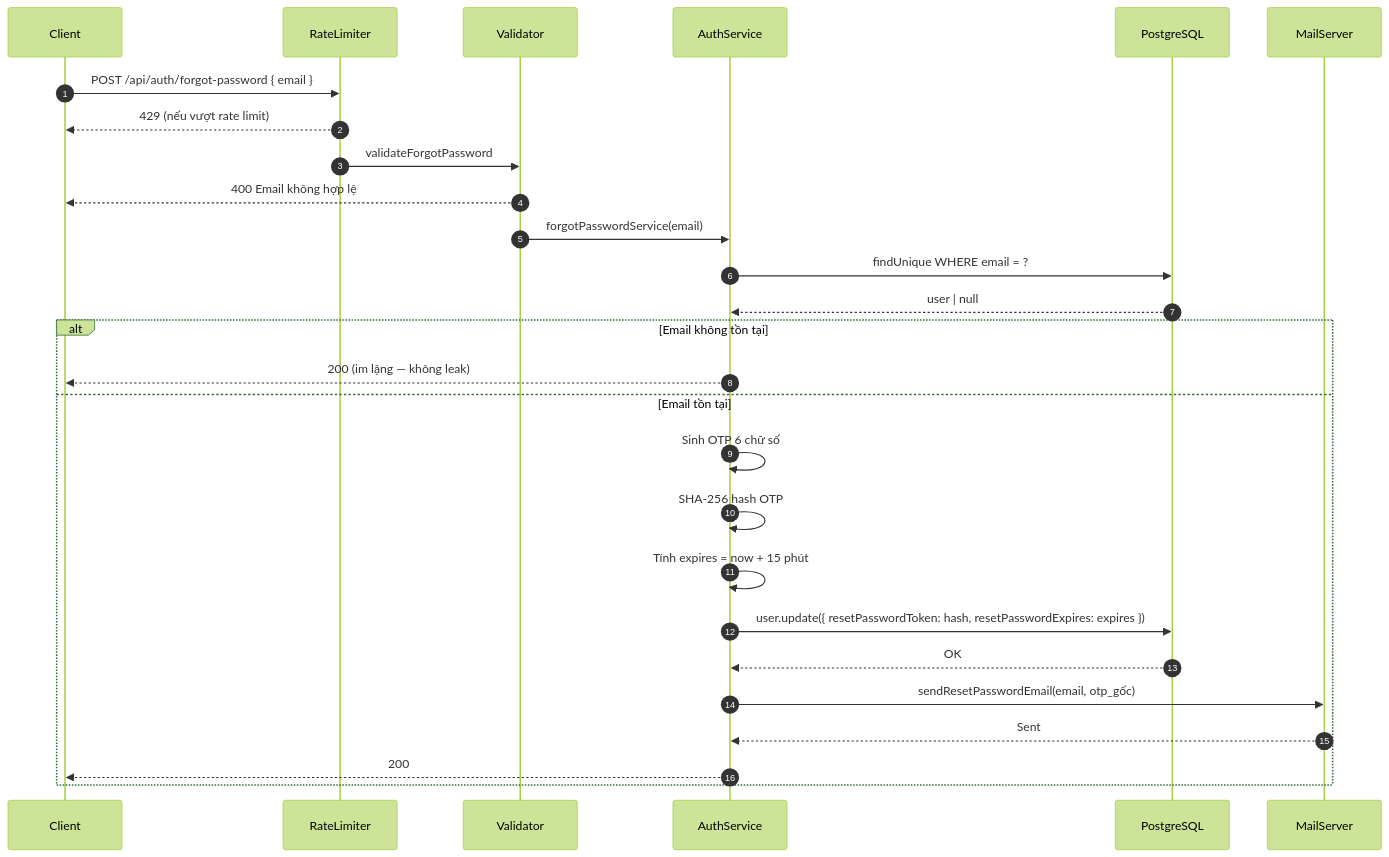
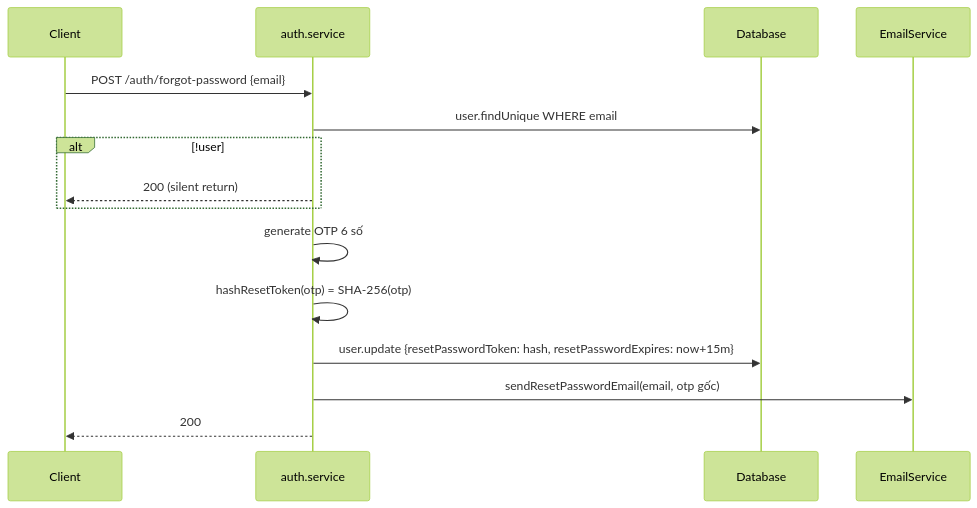
Before and after one commit to phamvinh203/mobivexa: the fourth of 7 diagrams in docs/Auth/SequenceDiagram.md, drawn with Mermaid (forest theme). The commit also changed other lines of this file and 79 other files, not shown here.

Commit message:
📜 Add documentation for Inventory and Favorite modules including Use Cases, API Specifications, and Activity Diagrams

````diff
--- a/docs/Auth/SequenceDiagram.md
+++ b/docs/Auth/SequenceDiagram.md
@@ -128,30 +91,18 @@
 ```mermaid
 sequenceDiagram
-    autonumber
     participant C as Client
-    participant RL as RateLimiter
-    participant V as Validator
-    participant S as AuthService
-    participant DB as PostgreSQL
-    participant Mail as MailServer
+    participant S as auth.service
+    participant DB as Database
+    participant Mail as EmailService
 
-    C->>RL: POST /api/auth/forgot-password { email }
-    RL-->>C: 429 (nếu vượt rate limit)
-    RL->>V: validateForgotPassword
-    V-->>C: 400 Email không hợp lệ
-    V->>S: forgotPasswordService(email)
-    S->>DB: findUnique WHERE email = ?
-    DB-->>S: user | null
-    alt Email không tồn tại
-        S-->>C: 200 (im lặng — không leak)
-    else Email tồn tại
-        S->>S: Sinh OTP 6 chữ số
-        S->>S: SHA-256 hash OTP
-        S->>S: Tính expires = now + 15 phút
-        S->>DB: user.update({ resetPasswordToken: hash, resetPasswordExpires: expires })
-        DB-->>S: OK
-        S->>Mail: sendResetPasswordEmail(email, otp_gốc)
-        Mail-->>S: Sent
-        S-->>C: 200
+    C->>S: POST /auth/forgot-password {email}
+    S->>DB: user.findUnique WHERE email
+    alt !user
+        S-->>C: 200 (silent return)
     end
+    S->>S: generate OTP 6 số
+    S->>S: hashResetToken(otp) = SHA-256(otp)
+    S->>DB: user.update {resetPasswordToken: hash, resetPasswordExpires: now+15m}
+    S->>Mail: sendResetPasswordEmail(email, otp gốc)
+    S-->>C: 200
 ```
````
